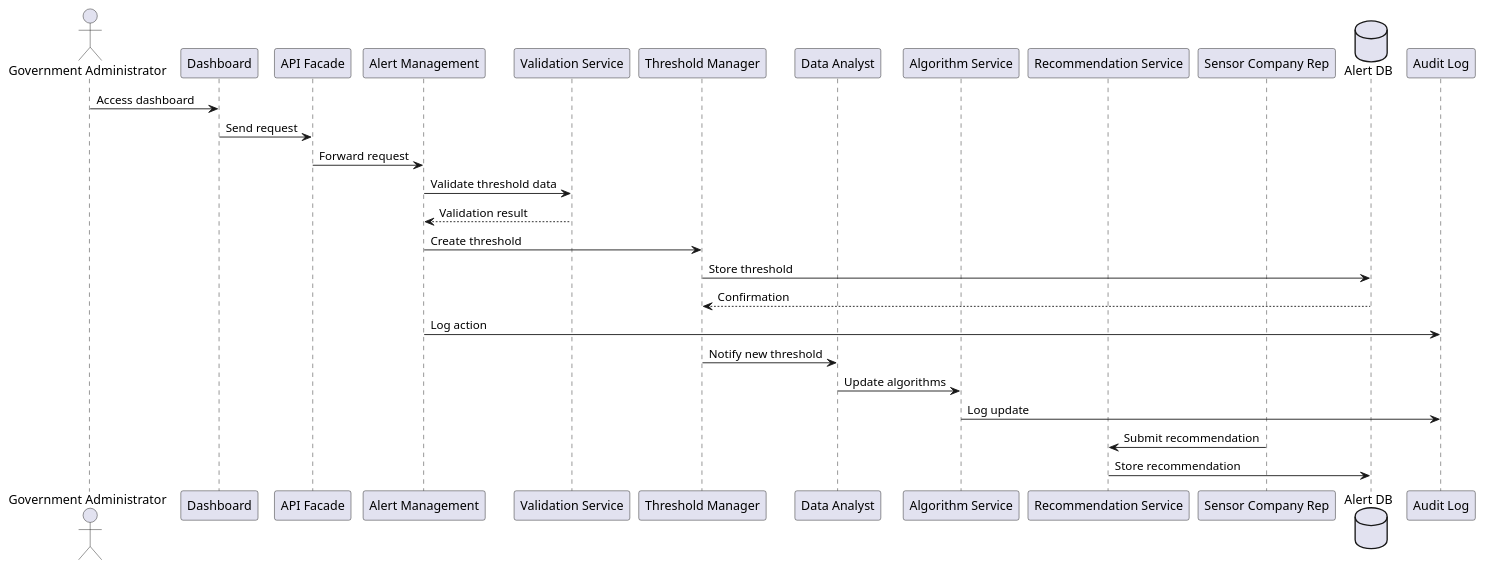
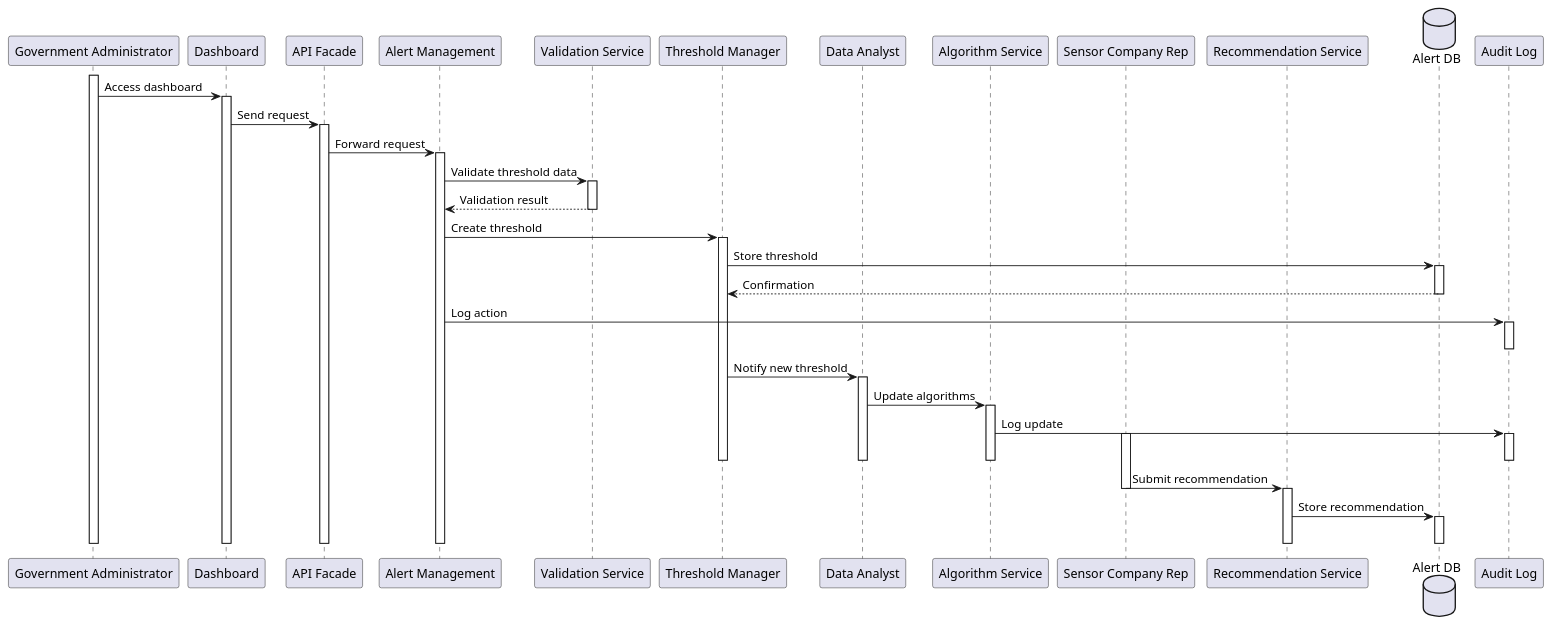
One commit to harmanpreet-sagar/sfwreng-3a04-group6-t01-scemas changed the diagram in docs/diagrams/plantuml/sequence/BE2.puml. Above: the diagram before and after it, drawn with PlantUML.

Commit message:
add activate and deactivate blocks for lifetime

```diff
--- a/docs/diagrams/plantuml/sequence/BE2.puml
+++ b/docs/diagrams/plantuml/sequence/BE2.puml
@@ -1,36 +1,72 @@
 @startuml BE2
 
-actor "Government Administrator" as Admin
+participant "Government Administrator" as Admin
 participant "Dashboard" as Dash
 participant "API Facade" as API
 participant "Alert Management" as AlertMgmt
 participant "Validation Service" as Validation
 participant "Threshold Manager" as Thresh
 participant "Data Analyst" as Analyst
 participant "Algorithm Service" as Algo
+participant "Sensor Company Rep" as SensorRep
 participant "Recommendation Service" as Rec
-participant "Sensor Company Rep" as SensorRep
 database "Alert DB" as DB
 participant "Audit Log" as Audit
 
+activate Admin
 Admin -> Dash : Access dashboard
+activate Dash
+
 Dash -> API : Send request
+activate API
+
 API -> AlertMgmt : Forward request
+activate AlertMgmt
 
 AlertMgmt -> Validation : Validate threshold data
+activate Validation
 Validation --> AlertMgmt : Validation result
+deactivate Validation
 
 AlertMgmt -> Thresh : Create threshold
+activate Thresh
+
 Thresh -> DB : Store threshold
+activate DB
 DB --> Thresh : Confirmation
+deactivate DB
 
 AlertMgmt -> Audit : Log action
+activate Audit
+deactivate Audit
 
 Thresh -> Analyst : Notify new threshold
+activate Analyst
+
 Analyst -> Algo : Update algorithms
+activate Algo
+
 Algo -> Audit : Log update
+activate Audit
+deactivate Audit
 
+deactivate Algo
+deactivate Analyst
+deactivate Thresh
+
+activate SensorRep
 SensorRep -> Rec : Submit recommendation
+deactivate SensorRep
+activate Rec
+
 Rec -> DB : Store recommendation
+activate DB
+deactivate DB
+
+deactivate Rec
+deactivate AlertMgmt
+deactivate API
+deactivate Dash
+deactivate Admin
 
 @enduml
```
